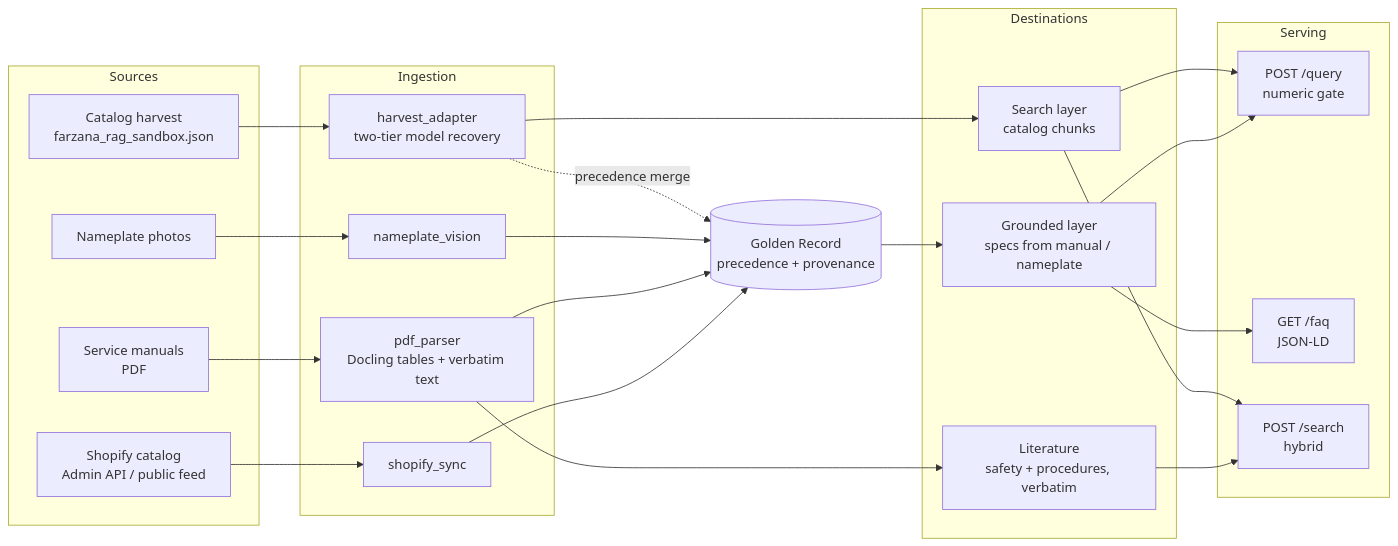
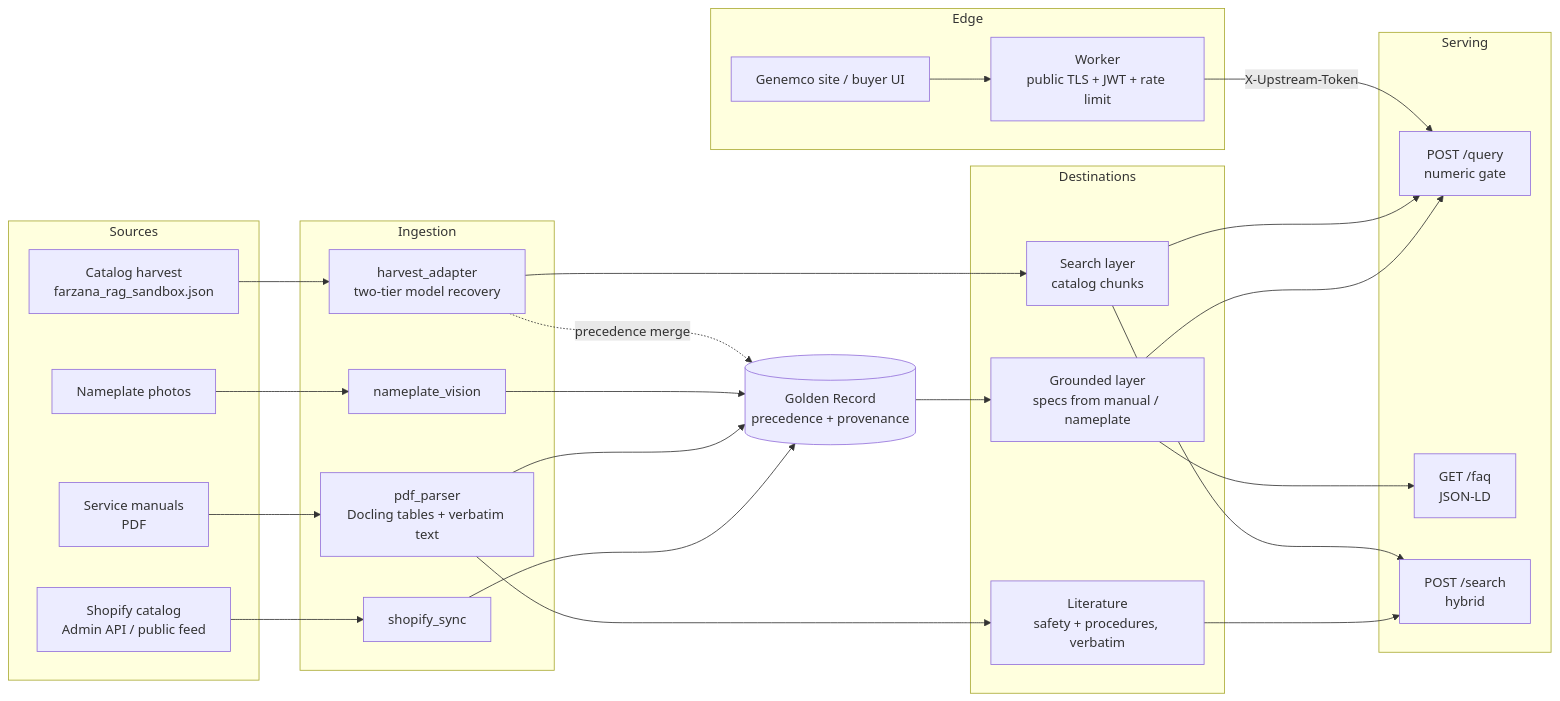
The diagram in docs/HANDOVER.md (farxana1999-beep/genemco-rag), drawn with Mermaid before and after one commit. The commit also changed other lines of this file and 3 other files, not shown here.

````diff
--- a/docs/HANDOVER.md
+++ b/docs/HANDOVER.md
@@ -52,43 +53,50 @@
 ```mermaid
 flowchart LR
     subgraph Sources
         SH[Shopify catalog<br/>Admin API / public feed]
         PDF[Service manuals<br/>PDF]
         NP[Nameplate photos]
         CH[Catalog harvest<br/>farzana_rag_sandbox.json]
     end
 
     subgraph Ingestion
         SS[shopify_sync]
         PP[pdf_parser<br/>Docling tables + verbatim text]
         NV[nameplate_vision]
         HA[harvest_adapter<br/>two-tier model recovery]
     end
 
     GR[(Golden Record<br/>precedence + provenance)]
 
     subgraph Destinations
         GL[Grounded layer<br/>specs from manual / nameplate]
         LIT[Literature<br/>safety + procedures, verbatim]
         SL[Search layer<br/>catalog chunks]
     end
 
     subgraph Serving
         Q[POST /query<br/>numeric gate]
         FAQ[GET /faq<br/>JSON-LD]
         S[POST /search<br/>hybrid]
     end
 
+    subgraph Edge
+        W[Worker<br/>public TLS + JWT + rate limit]
+        UI[Genemco site / buyer UI]
+    end
+
     SH --> SS --> GR
     PDF --> PP --> GR
     NP --> NV --> GR
     CH --> HA --> SL
     HA -. precedence merge .-> GR
     PP --> LIT
     GR --> GL
     GL --> Q
     SL --> Q
     GL --> FAQ
     LIT --> S
     SL --> S
+    UI --> W
+    W -->|X-Upstream-Token| Q
 ```
````
